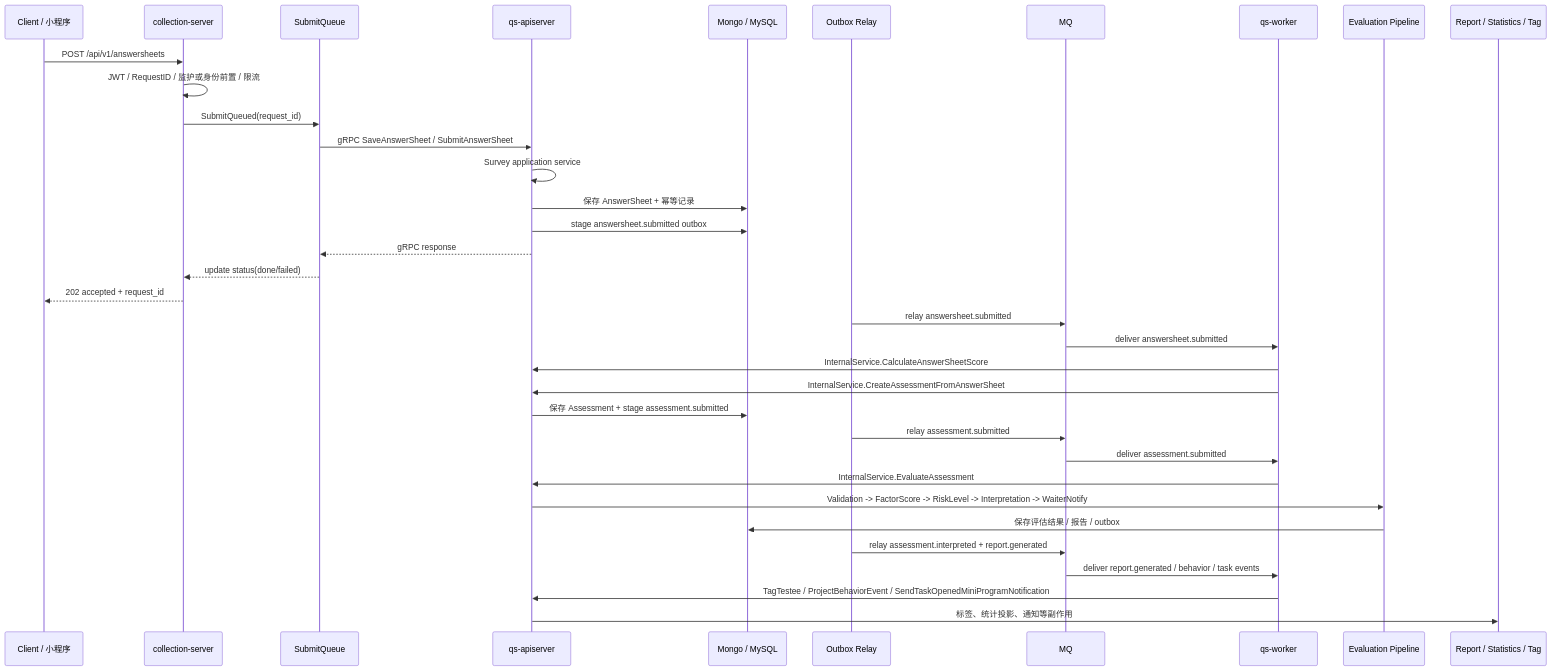
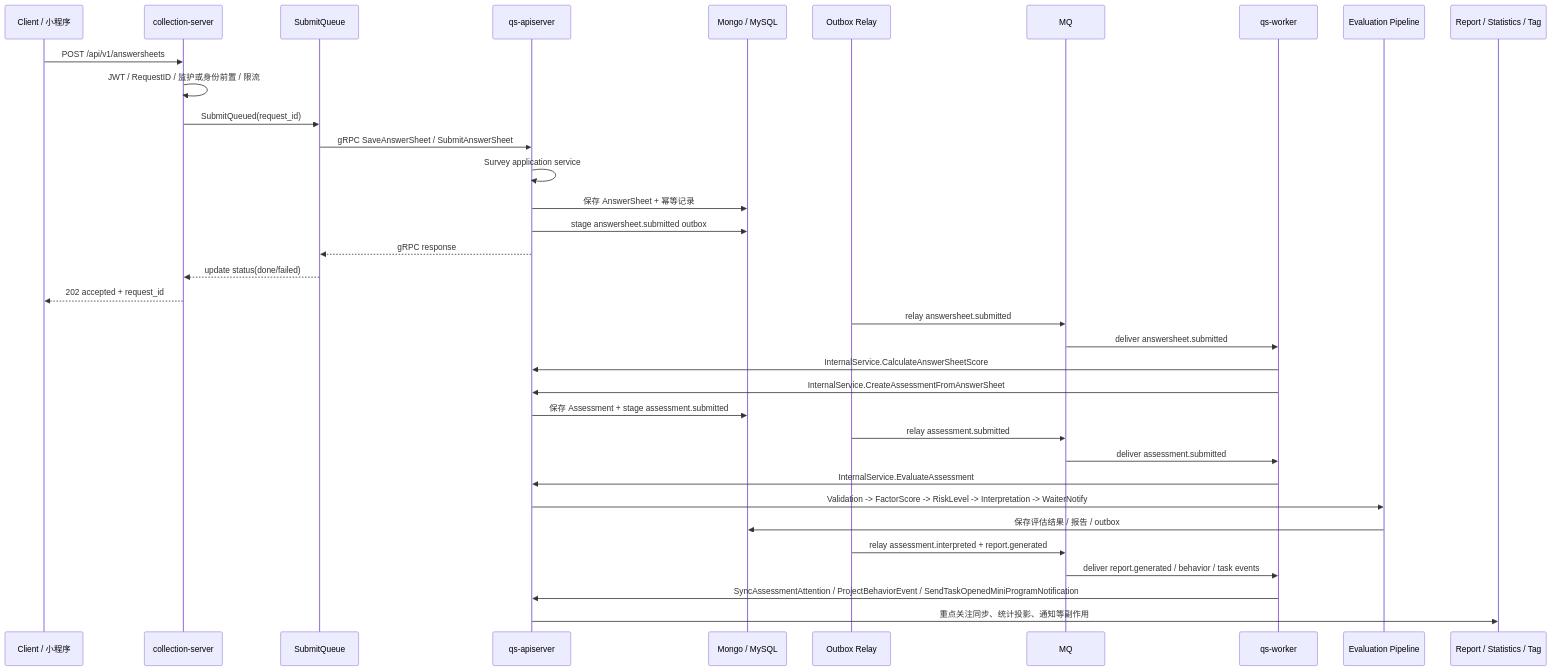
Before and after one commit to FangcunMount/qs-server: the first of 6 diagrams in docs/00-总览/03-核心业务链路.md, drawn with Mermaid. The commit also changed other lines of this file and 54 other files, not shown here.

````diff
--- a/docs/00-总览/03-核心业务链路.md
+++ b/docs/00-总览/03-核心业务链路.md
@@ -26,41 +26,41 @@
 ```mermaid
 sequenceDiagram
     participant U as Client / 小程序
     participant C as collection-server
     participant Q as SubmitQueue
     participant A as qs-apiserver
     participant DB as Mongo / MySQL
     participant O as Outbox Relay
     participant MQ as MQ
     participant W as qs-worker
     participant E as Evaluation Pipeline
     participant R as Report / Statistics / Tag
 
     U->>C: POST /api/v1/answersheets
     C->>C: JWT / RequestID / 监护或身份前置 / 限流
     C->>Q: SubmitQueued(request_id)
     Q->>A: gRPC SaveAnswerSheet / SubmitAnswerSheet
     A->>A: Survey application service
     A->>DB: 保存 AnswerSheet + 幂等记录
     A->>DB: stage answersheet.submitted outbox
     A-->>Q: gRPC response
     Q-->>C: update status(done/failed)
     C-->>U: 202 accepted + request_id
 
     O->>MQ: relay answersheet.submitted
     MQ->>W: deliver answersheet.submitted
     W->>A: InternalService.CalculateAnswerSheetScore
     W->>A: InternalService.CreateAssessmentFromAnswerSheet
     A->>DB: 保存 Assessment + stage assessment.submitted
 
     O->>MQ: relay assessment.submitted
     MQ->>W: deliver assessment.submitted
     W->>A: InternalService.EvaluateAssessment
     A->>E: Validation -> FactorScore -> RiskLevel -> Interpretation -> WaiterNotify
     E->>DB: 保存评估结果 / 报告 / outbox
     O->>MQ: relay assessment.interpreted + report.generated
 
     MQ->>W: deliver report.generated / behavior / task events
-    W->>A: TagTestee / ProjectBehaviorEvent / SendTaskOpenedMiniProgramNotification
-    A->>R: 标签、统计投影、通知等副作用
+    W->>A: SyncAssessmentAttention / ProjectBehaviorEvent / SendTaskOpenedMiniProgramNotification
+    A->>R: 重点关注同步、统计投影、通知等副作用
 ```
````
